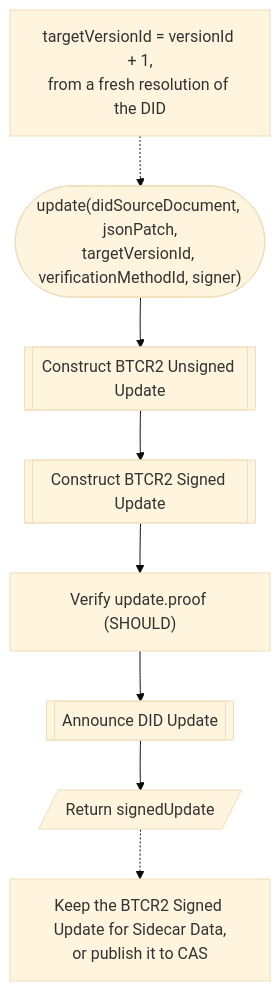
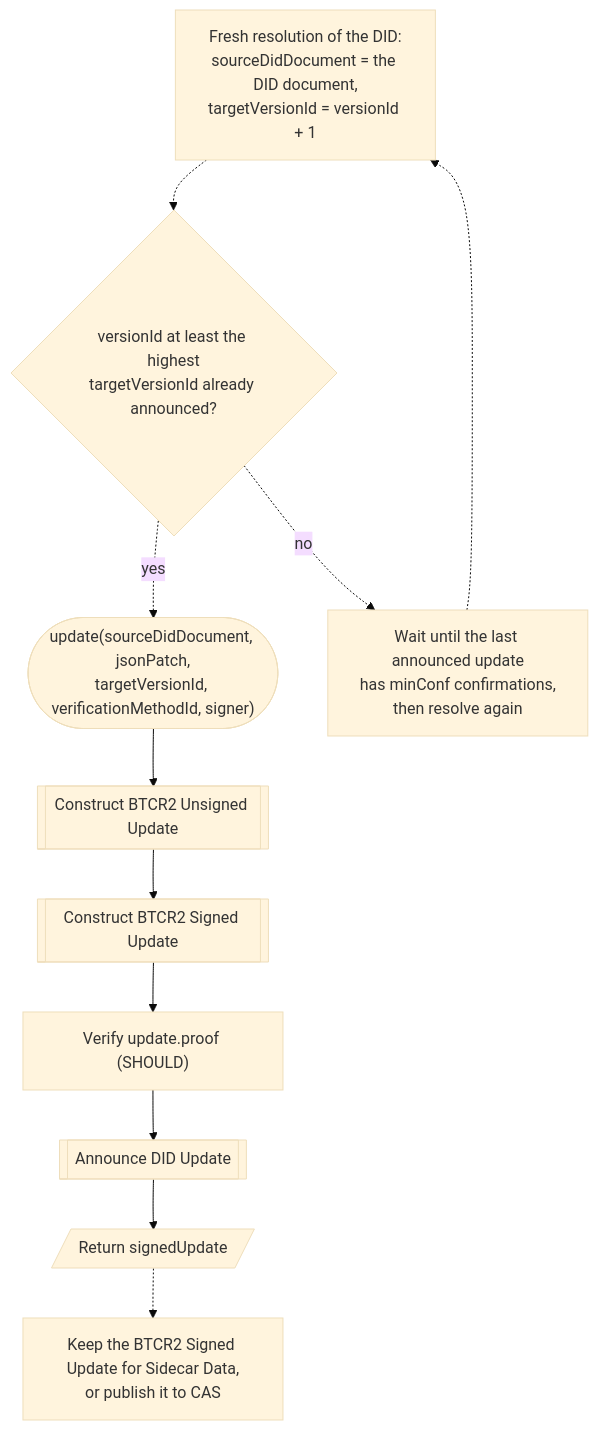
One commit to dcdpr/website-btcr2-dev changed the first of 6 diagrams in src/content/docs/diagrams/update.md. Above: the diagram before and after it, drawn with Mermaid (base theme). The commit also changed other lines of this file and 4 other files, not shown here.

First line of the commit message:
docs(diagrams): follow the spec changes to update and resolve

````diff
--- a/src/content/docs/diagrams/update.md
+++ b/src/content/docs/diagrams/update.md
@@ -14,15 +14,19 @@
 ```mermaid
 flowchart TD
-  Start(["update(didSourceDocument, jsonPatch,<br/>targetVersionId, verificationMethodId, signer)"])
-  Version["targetVersionId = versionId + 1,<br/>from a fresh resolution of the DID"]
+  Start(["update(sourceDidDocument, jsonPatch,<br/>targetVersionId, verificationMethodId, signer)"])
+  Version["Fresh resolution of the DID:<br/>sourceDidDocument = the DID document,<br/>targetVersionId = versionId + 1"]
   Unsigned[["Construct BTCR2 Unsigned Update"]]
   Signed[["Construct BTCR2 Signed Update"]]
   Check["Verify update.proof (SHOULD)"]
+  Caught{"versionId at least the highest<br/>targetVersionId already announced?"}
+  Wait["Wait until the last announced update<br/>has minConf confirmations,<br/>then resolve again"]
   Announce[["Announce DID Update"]]
   Return[/"Return signedUpdate"/]
   Keep["Keep the BTCR2 Signed Update for Sidecar Data,<br/>or publish it to CAS"]
 
-  Version -.-> Start
+  Version -.-> Caught
+  Caught -.->|"no"| Wait -.-> Version
+  Caught -.->|"yes"| Start
   Start --> Unsigned --> Signed --> Check --> Announce --> Return
   Return -.-> Keep
 ```
````
